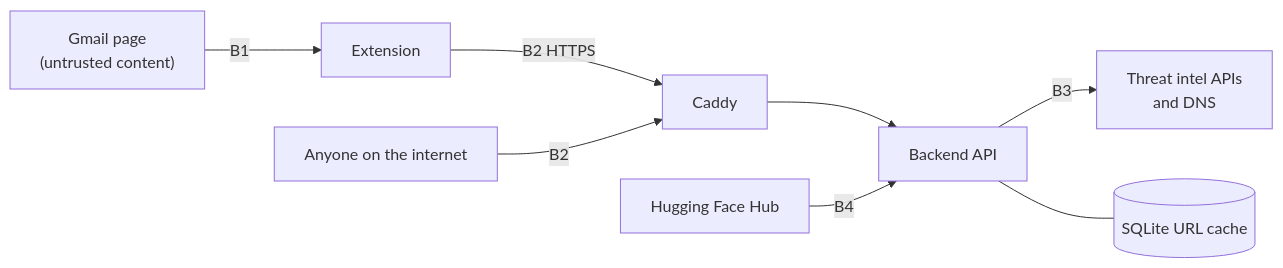
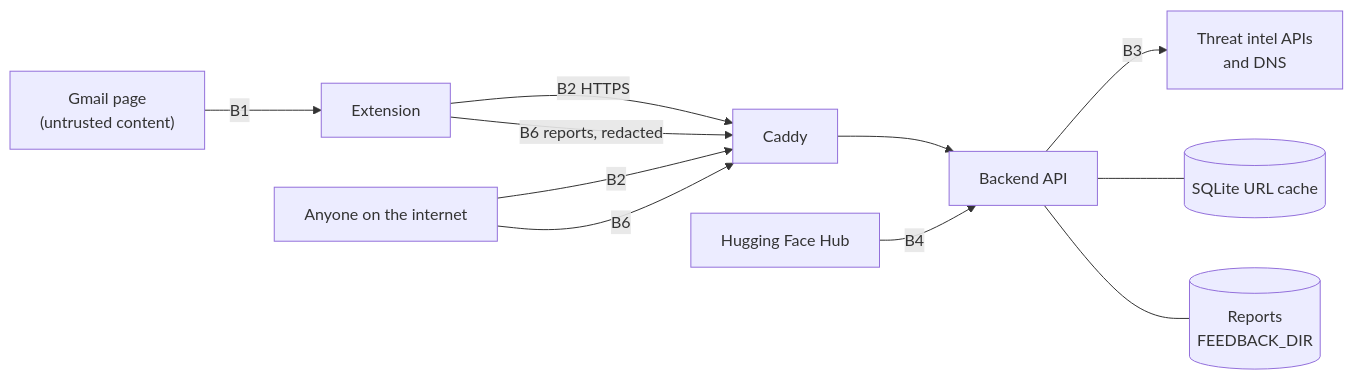
Before and after one commit to AnzouK/PhishLens: the diagram in docs/threat-model.md, drawn with Mermaid. The commit also changed 5 other files, not shown here.

Commit message:
docs: how the multilingual text model was built and measured; diagrams for language detection and reports

````diff
--- a/docs/threat-model.md
+++ b/docs/threat-model.md
@@ -23,9 +23,12 @@
 ```mermaid
 flowchart LR
     U["Gmail page<br/>(untrusted content)"] -->|B1| E["Extension"]
     E -->|B2 HTTPS| P["Caddy"] --> A["Backend API"]
     X["Anyone on the internet"] -->|B2| P
     A -->|B3| I["Threat intel APIs<br/>and DNS"]
     H["Hugging Face Hub"] -->|B4| A
     A --- C[("SQLite URL cache")]
+    E -->|B6 reports, redacted| P
+    X -->|B6| P
+    A --- F[("Reports<br/>FEEDBACK_DIR")]
 ```
````
